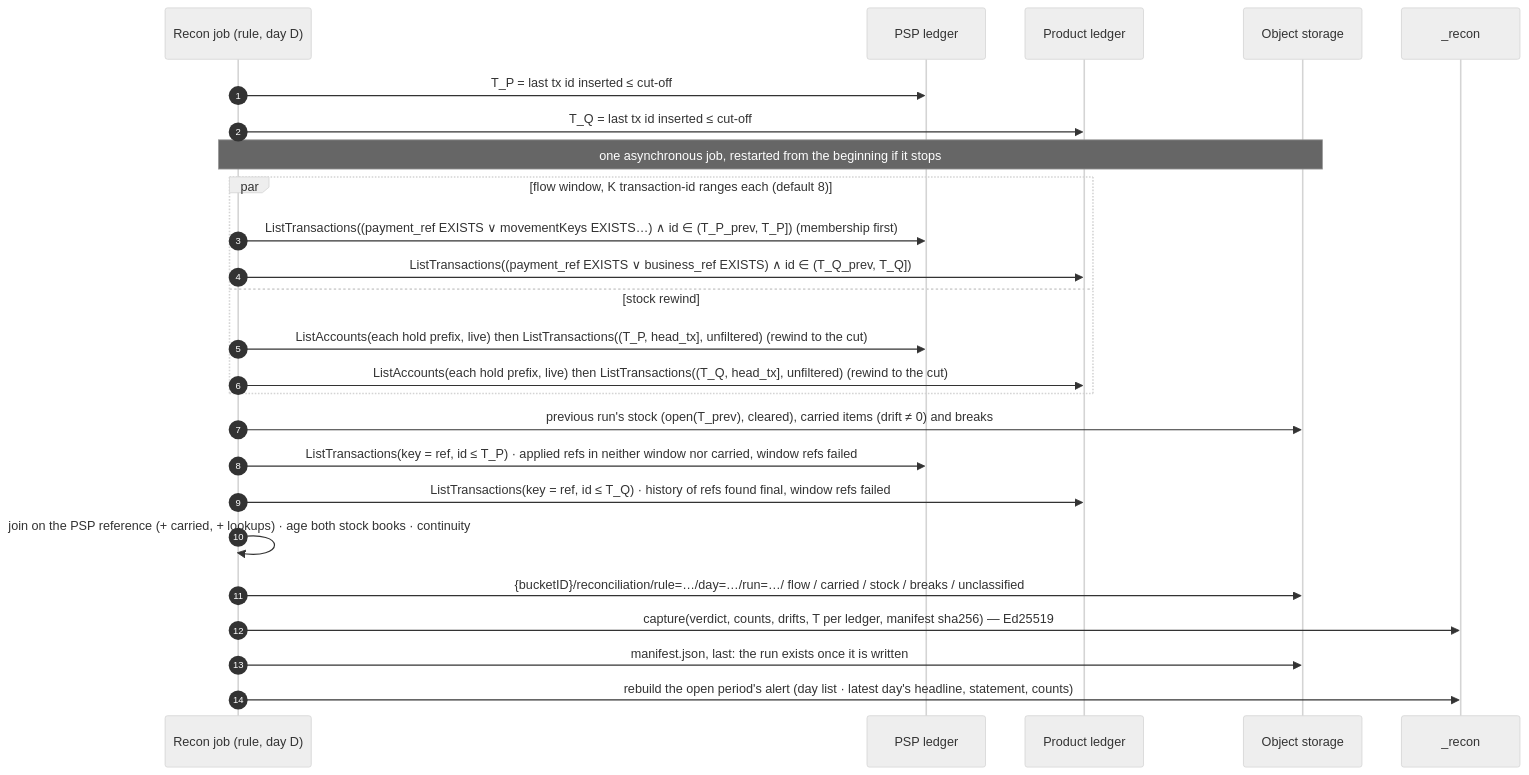
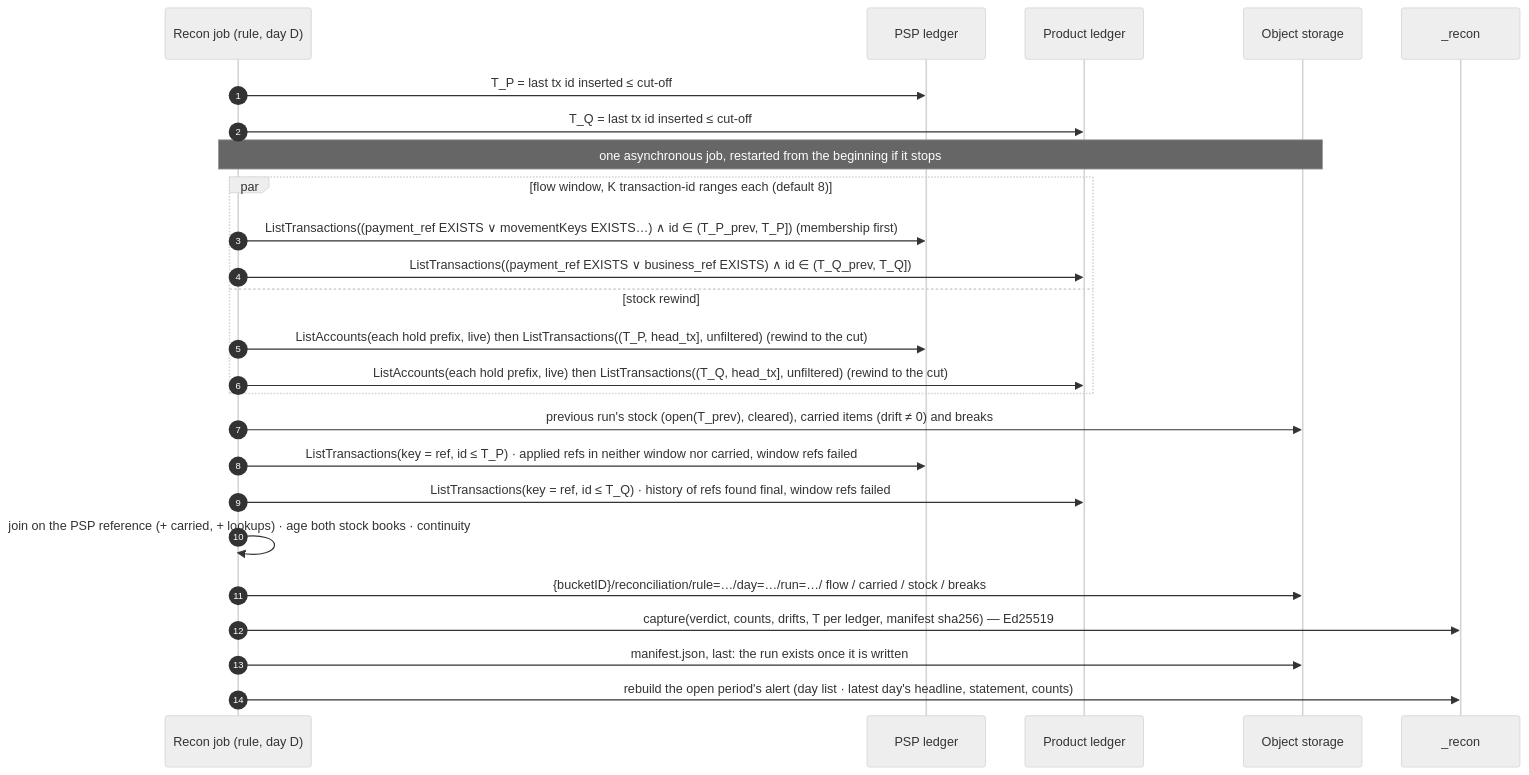
The second of 2 diagrams in docs/technical/transaction-level-reconciliation.md (formancehq/reconciliation), drawn with Mermaid (neutral theme) before and after one commit. The commit also changed other lines of this file and 45 other files, not shown here.

````diff
--- a/docs/technical/transaction-level-reconciliation.md
+++ b/docs/technical/transaction-level-reconciliation.md
@@ -255,28 +255,28 @@
 ```mermaid
 sequenceDiagram
     autonumber
     participant J as Recon job (rule, day D)
     participant P as PSP ledger
     participant Q as Product ledger
     participant O as Object storage
     participant C as _recon
 
     J->>P: T_P = last tx id inserted ≤ cut-off
     J->>Q: T_Q = last tx id inserted ≤ cut-off
     Note over J,O: one asynchronous job, restarted from the beginning if it stops
     par flow window, K transaction-id ranges each (default 8)
         J->>P: ListTransactions((payment_ref EXISTS ∨ movementKeys EXISTS…) ∧ id ∈ (T_P_prev, T_P])  (membership first)
         J->>Q: ListTransactions((payment_ref EXISTS ∨ business_ref EXISTS) ∧ id ∈ (T_Q_prev, T_Q])
     and stock rewind
         J->>P: ListAccounts(each hold prefix, live) then ListTransactions((T_P, head_tx], unfiltered) (rewind to the cut)
         J->>Q: ListAccounts(each hold prefix, live) then ListTransactions((T_Q, head_tx], unfiltered) (rewind to the cut)
     end
     J->>O: previous run's stock (open(T_prev), cleared), carried items (drift ≠ 0) and breaks
     J->>P: ListTransactions(key = ref, id ≤ T_P) · applied refs in neither window nor carried, window refs failed
     J->>Q: ListTransactions(key = ref, id ≤ T_Q) · history of refs found final, window refs failed
     J->>J: join on the PSP reference (+ carried, + lookups) · age both stock books · continuity
-    J->>O: {bucketID}/reconciliation/rule=…/day=…/run=…/ flow / carried / stock / breaks / unclassified
+    J->>O: {bucketID}/reconciliation/rule=…/day=…/run=…/ flow / carried / stock / breaks
     J->>C: capture(verdict, counts, drifts, T per ledger, manifest sha256) — Ed25519
     J->>O: manifest.json, last: the run exists once it is written
     J->>C: rebuild the open period's alert (day list · latest day's headline, statement, counts)
 ```
````
